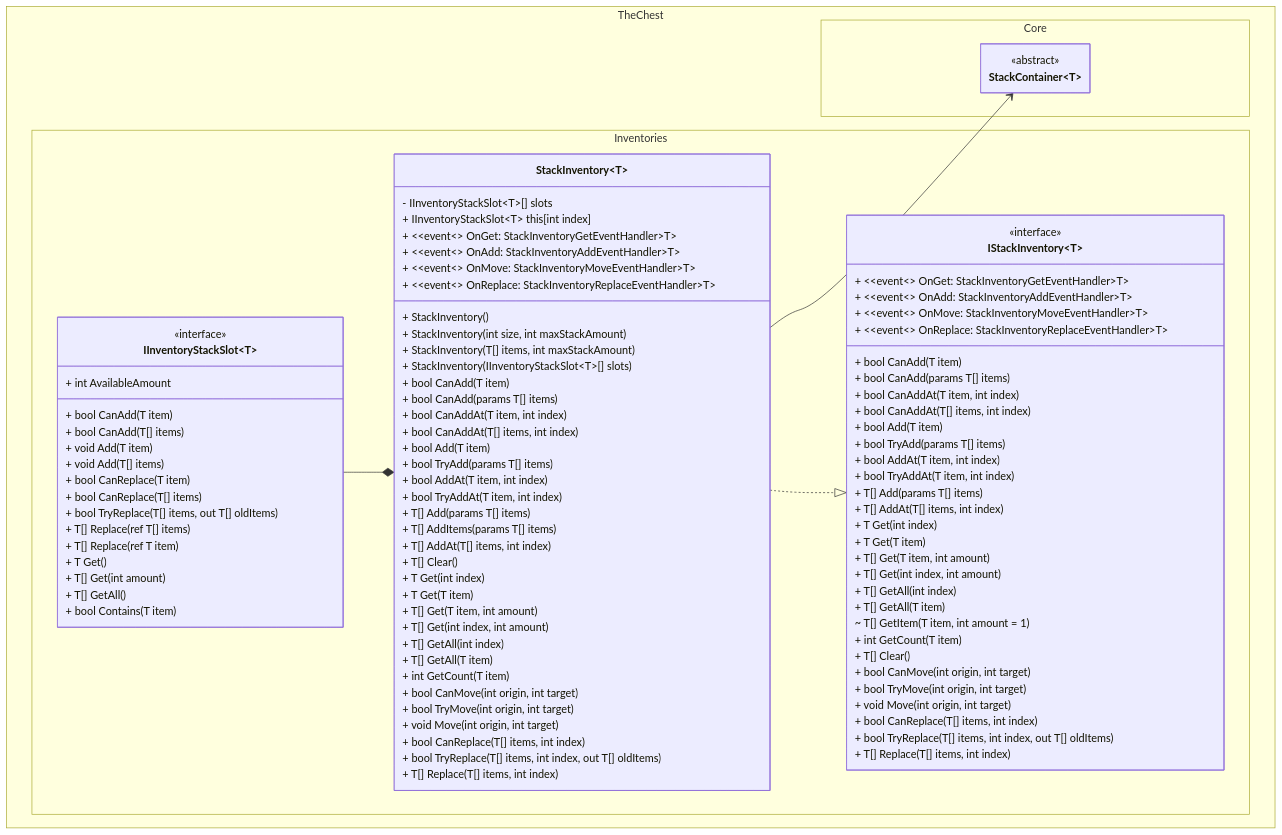
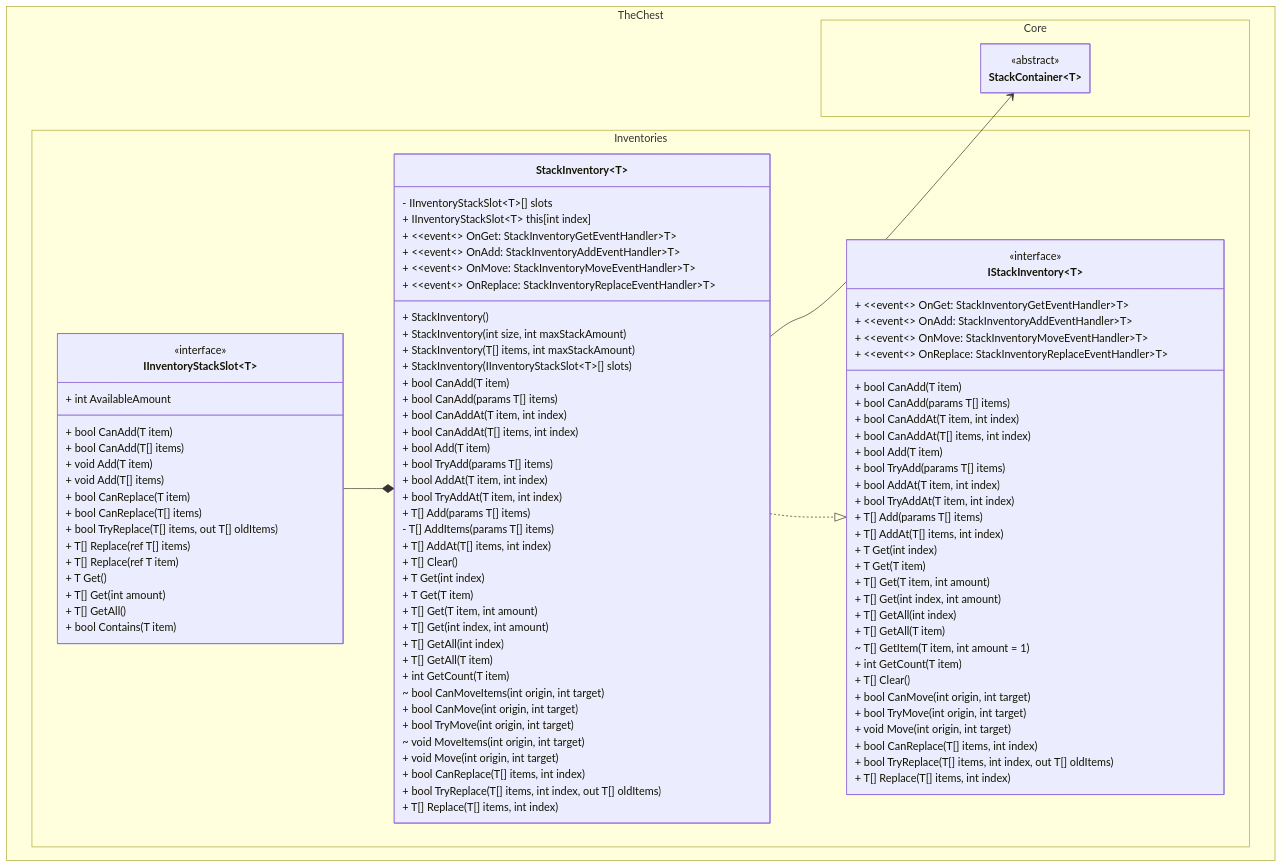
Before and after one commit to The-Chest/TheChest.Inventories: the first of 2 diagrams in docs/stack_inventory/class_diagram.md, drawn with Mermaid. The commit also changed 2 other files, not shown here.

Commit message:
Changes in StackInventory private methods to protected

```diff
--- a/docs/stack_inventory/class_diagram.md
+++ b/docs/stack_inventory/class_diagram.md
@@ -41,7 +41,7 @@
             + bool AddAt(T item, int index)
             + bool TryAddAt(T item, int index)
             + T[] Add(params T[] items)
-            + T[] AddItems(params T[] items)
+            - T[] AddItems(params T[] items)
             + T[] AddAt(T[] items, int index)
 
             + T[] Clear()
@@ -56,8 +56,11 @@
 
             + int GetCount(T item)
 
+            ~ bool CanMoveItems(int origin, int target)
             + bool CanMove(int origin, int target)
             + bool TryMove(int origin, int target)
+
+            ~ void MoveItems(int origin, int target)
             + void Move(int origin, int target)
 
             + bool CanReplace(T[] items, int index)
```
